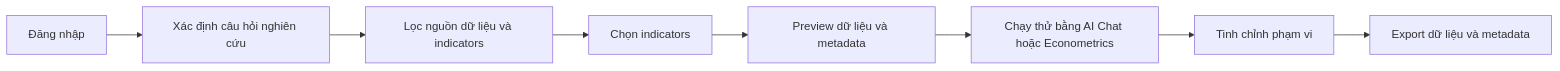
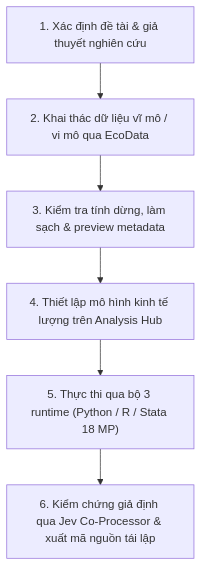
Before and after one commit to vietlod/docs: the diagram in docs/ecodata/overview.mdx, drawn with Mermaid. The commit also changed other lines of this file and 6 other files, not shown here.

Commit message:
feat(ecodata): improve overview with econometrics pipeline, MCP server, Jev co-processor, and animated SVGs

````diff
--- a/docs/ecodata/overview.mdx
+++ b/docs/ecodata/overview.mdx
@@ -47,10 +276,8 @@
 ```mermaid
-flowchart LR
-  A["Đăng nhập"] --> B["Xác định câu hỏi nghiên cứu"]
-  B --> C["Lọc nguồn dữ liệu và indicators"]
-  C --> D["Chọn indicators"]
-  D --> E["Preview dữ liệu và metadata"]
-  E --> F["Chạy thử bằng AI Chat hoặc Econometrics"]
-  F --> G["Tinh chỉnh phạm vi"]
-  G --> H["Export dữ liệu và metadata"]
+flowchart TD
+  A["1. Xác định đề tài & giả thuyết nghiên cứu"] --> B["2. Khai thác dữ liệu vĩ mô / vi mô qua EcoData"]
+  B --> C["3. Kiểm tra tính dừng, làm sạch & preview metadata"]
+  C --> D["4. Thiết lập mô hình kinh tế lượng trên Analysis Hub"]
+  D --> E["5. Thực thi qua bộ 3 runtime (Python / R / Stata 18 MP)"]
+  E --> F["6. Kiểm chứng giả định qua Jev Co-Processor & xuất mã nguồn tái lập"]
 ```
````
